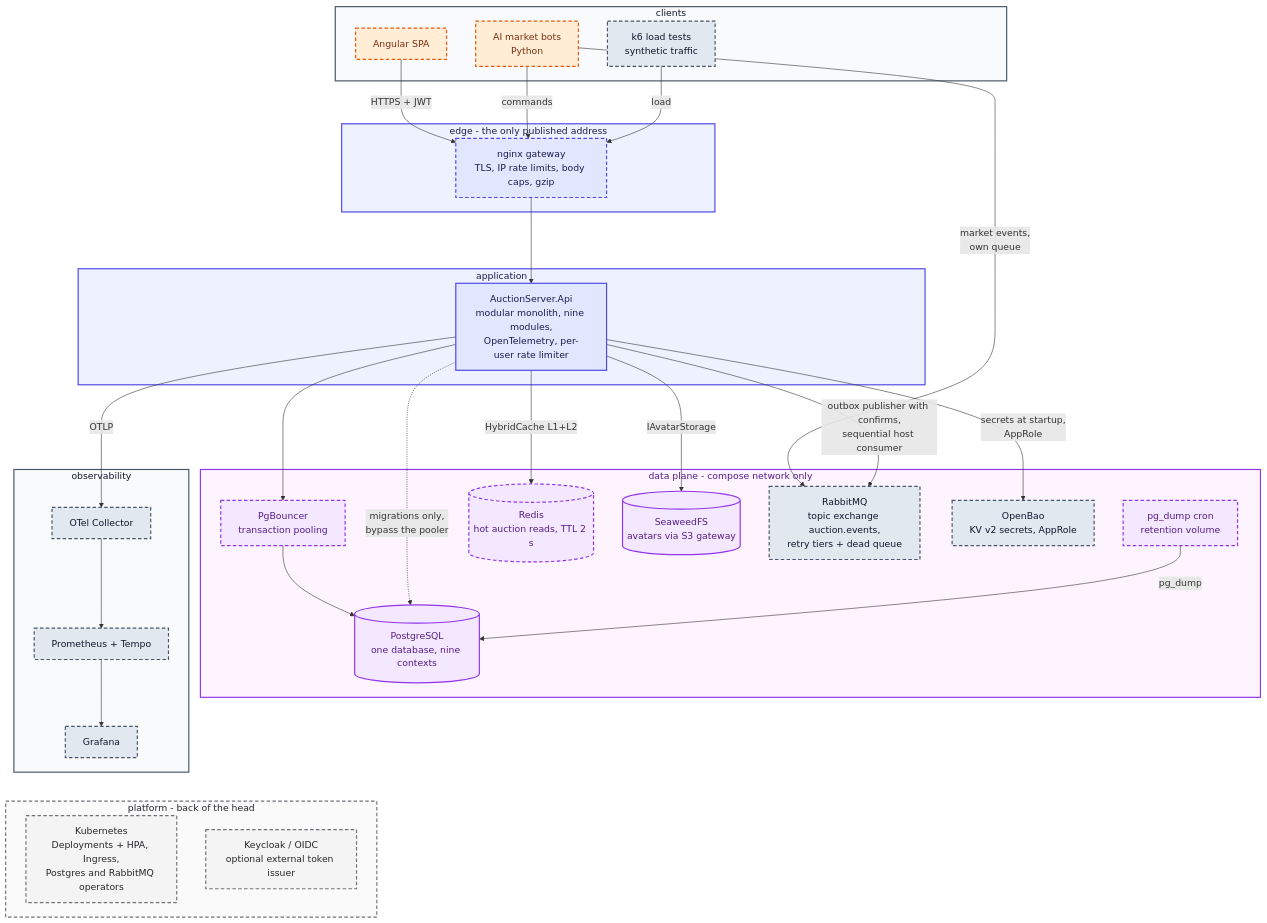
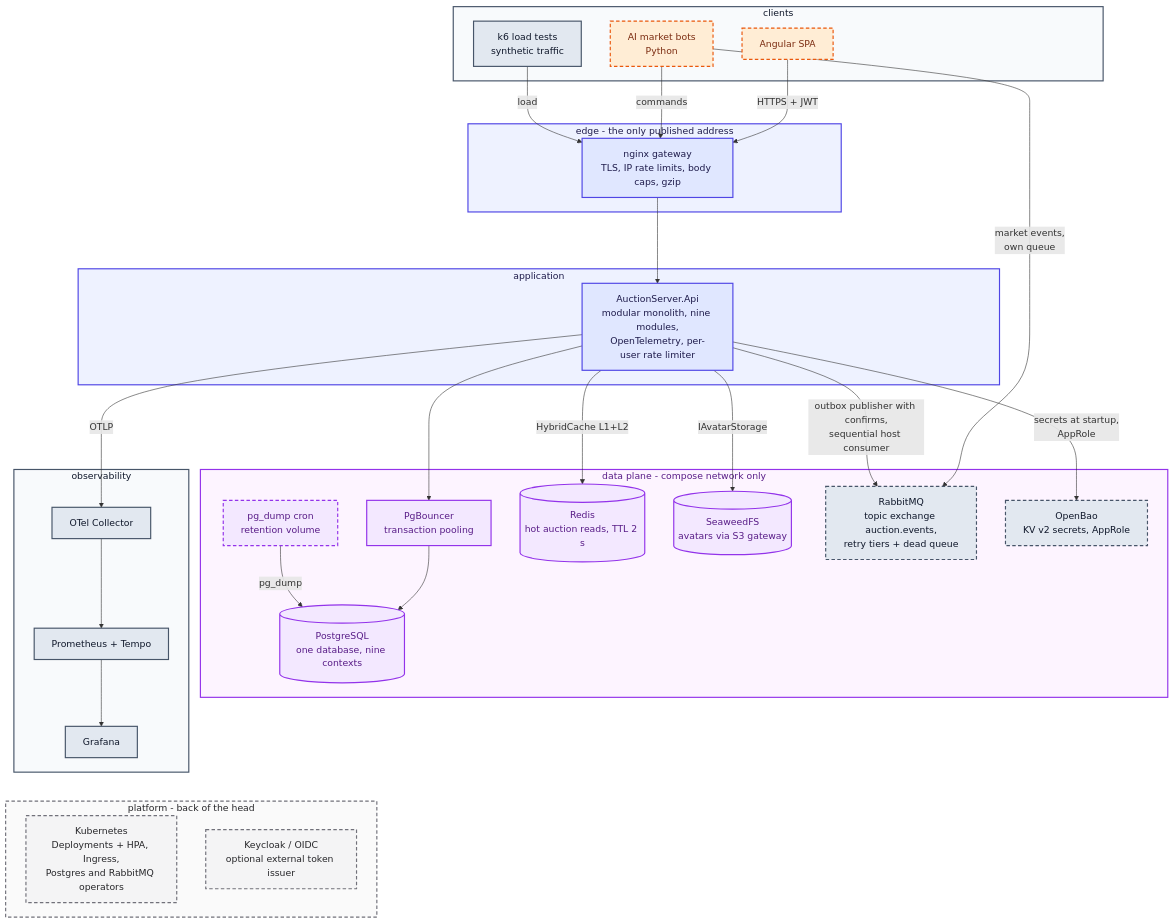
One commit to Zambrzyckii/Auction changed the diagram in docs/diagrams/src/vision-01-target-architecture.mmd. Above: the diagram before and after it, drawn with Mermaid. The commit also changed 17 other files, not shown here.

```diff
--- a/docs/diagrams/src/vision-01-target-architecture.mmd
+++ b/docs/diagrams/src/vision-01-target-architecture.mmd
@@ -1,79 +1,71 @@
 flowchart TB
 
     subgraph Clients ["clients"]
         Spa["Angular SPA"]:::client
         Bots["AI market bots<br/>Python"]:::client
         K6["k6 load tests<br/>synthetic traffic"]:::shared
     end
 
     subgraph Edge ["edge - the only published address"]
         Gateway["nginx gateway<br/>TLS, IP rate limits, body caps, gzip"]:::host
     end
 
     subgraph App ["application"]
         Api["AuctionServer.Api<br/>modular monolith, nine modules,<br/>OpenTelemetry, per-user rate limiter"]:::host
     end
 
     subgraph Data ["data plane - compose network only"]
         PgBouncer["PgBouncer<br/>transaction pooling"]:::db
         Postgres[("PostgreSQL<br/>one database, nine contexts")]:::db
         Backup["pg_dump cron<br/>retention volume"]:::db
         Redis[("Redis<br/>hot auction reads, TTL 2 s")]:::db
         Seaweed[("SeaweedFS<br/>avatars via S3 gateway")]:::db
         Rabbit["RabbitMQ<br/>topic exchange auction.events,<br/>retry tiers + dead queue"]:::shared
         Vault["OpenBao<br/>KV v2 secrets, AppRole"]:::shared
     end
 
     subgraph Telemetry ["observability"]
         Otel["OTel Collector"]:::shared
         Backends["Prometheus + Tempo"]:::shared
         Grafana["Grafana"]:::shared
     end
 
     subgraph Platform ["platform - back of the head"]
         K8s["Kubernetes<br/>Deployments + HPA, Ingress,<br/>Postgres and RabbitMQ operators"]:::planned
         Oidc["Keycloak / OIDC<br/>optional external token issuer"]:::planned
     end
 
     Spa -->|"HTTPS + JWT"| Gateway
     Bots -->|"commands"| Gateway
     K6 -->|"load"| Gateway
     Bots -->|"market events,<br/>own queue"| Rabbit
     Gateway --> Api
 
     Api --> PgBouncer --> Postgres
-    Api -.->|"migrations only,<br/>bypass the pooler"| Postgres
     Backup -->|"pg_dump"| Postgres
     Api -->|"HybridCache L1+L2"| Redis
     Api -->|"IAvatarStorage"| Seaweed
     Api -->|"outbox publisher with confirms,<br/>sequential host consumer"| Rabbit
     Api -->|"secrets at startup,<br/>AppRole"| Vault
     Api -->|"OTLP"| Otel --> Backends --> Grafana
 
     Grafana ~~~ K8s
 
     style Clients fill:#F8FAFC,stroke:#475569,stroke-width:2px,color:#0F172A
     style Edge fill:#EEF2FF,stroke:#4F46E5,stroke-width:2px,color:#1E1B4B
     style App fill:#EEF2FF,stroke:#4F46E5,stroke-width:2px,color:#1E1B4B
     style Data fill:#FDF4FF,stroke:#9333EA,stroke-width:2px,color:#581C87
     style Telemetry fill:#F8FAFC,stroke:#475569,stroke-width:2px,color:#0F172A
     style Platform fill:#FAFAFA,stroke:#71717A,stroke-width:2px,stroke-dasharray:6 4,color:#27272A
 
     style Spa stroke-dasharray:6 4
     style Bots stroke-dasharray:6 4
-    style K6 stroke-dasharray:6 4
-    style Gateway stroke-dasharray:6 4
-    style PgBouncer stroke-dasharray:6 4
     style Backup stroke-dasharray:6 4
-    style Redis stroke-dasharray:6 4
     style Rabbit stroke-dasharray:6 4
     style Vault stroke-dasharray:6 4
-    style Otel stroke-dasharray:6 4
-    style Backends stroke-dasharray:6 4
-    style Grafana stroke-dasharray:6 4
 
     classDef client    fill:#FFEDD5,stroke:#EA580C,stroke-width:2px,color:#7C2D12
     classDef host      fill:#E0E7FF,stroke:#4F46E5,stroke-width:2px,color:#1E1B4B
     classDef shared    fill:#E2E8F0,stroke:#475569,stroke-width:2px,color:#0F172A
     classDef planned   fill:#F4F4F5,stroke:#71717A,stroke-width:2px,stroke-dasharray:6 4,color:#27272A
     classDef db        fill:#F3E8FF,stroke:#9333EA,stroke-width:2px,color:#581C87
```
